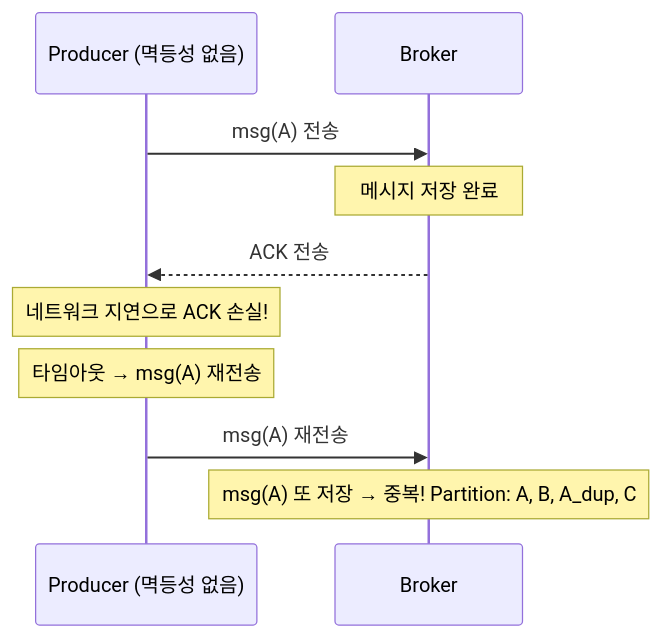
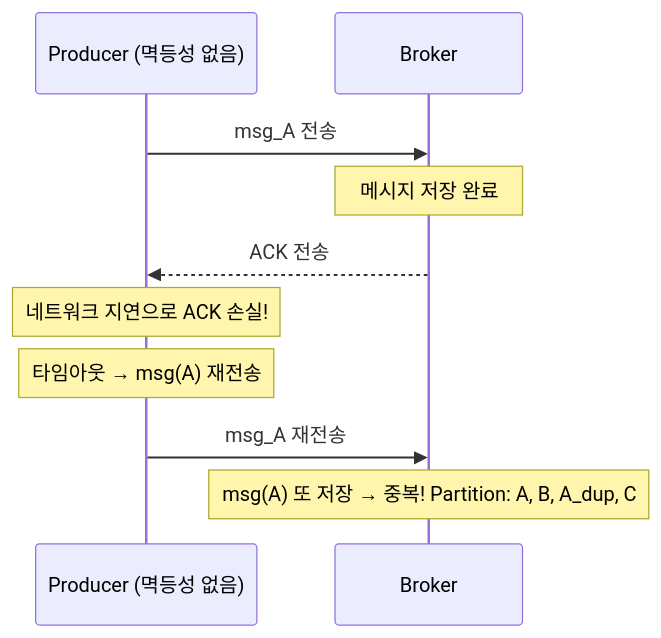
Diagram 20 of 21 in _posts/kafka/2026-05-01-kafka-extreme-scenarios.md (yjkim2015/yjkim2015.github.io), drawn with Mermaid before and after one commit. The commit also changed other lines of this file and 85 other files, not shown here.

First line of the commit message:
sequenceDiagram 문법 에러 2차 수정 169개 (86파일)

````diff
--- a/_posts/kafka/2026-05-01-kafka-extreme-scenarios.md
+++ b/_posts/kafka/2026-05-01-kafka-extreme-scenarios.md
@@ -576,12 +576,12 @@
 ```mermaid
 sequenceDiagram
     participant P as Producer (멱등성 없음)
     participant B as Broker
-    P->>B: msg(A) 전송
+    P->>B: msg_A 전송
     Note over B: 메시지 저장 완료
     B-->>P: ACK 전송
     Note over P: 네트워크 지연으로 ACK 손실!
     Note over P: 타임아웃 → msg(A) 재전송
-    P->>B: msg(A) 재전송
+    P->>B: msg_A 재전송
     Note over B: msg(A) 또 저장 → 중복! Partition: A, B, A_dup, C
 ```
````
